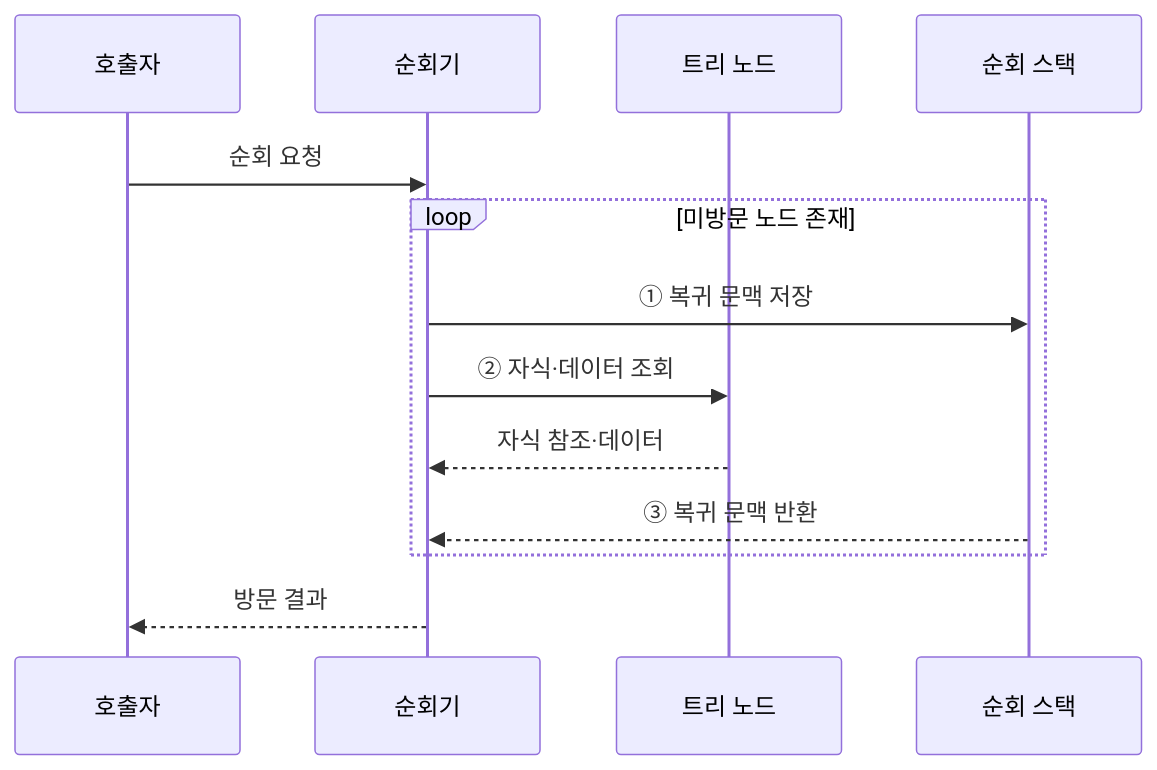
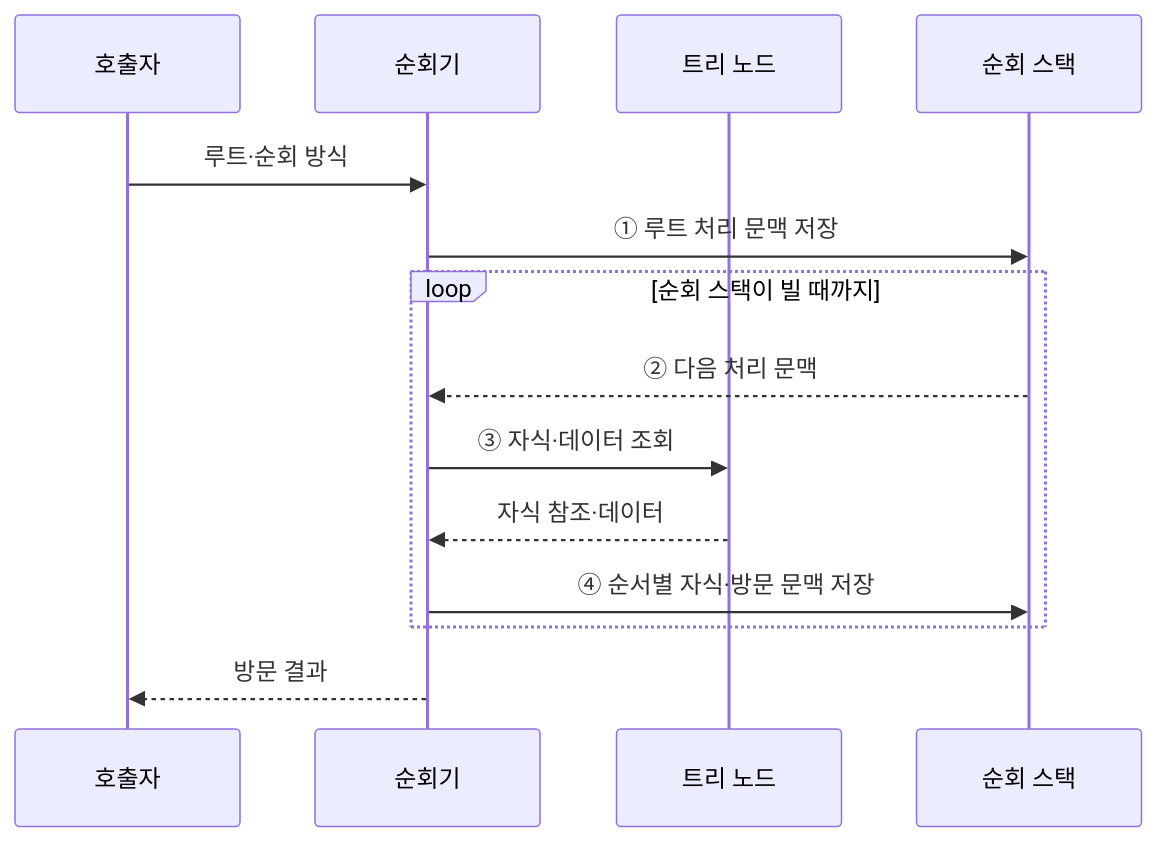
One commit to agnusdei1207/knowledge-base changed the third of 3 diagrams in src/content/docs/notes/01-basic-theory/009_binary_tree_traversal.md. Above: the diagram before and after it, drawn with Mermaid. The commit also changed other lines of this file and 16 other files, not shown here.

````diff
--- a/src/content/docs/notes/01-basic-theory/009_binary_tree_traversal.md
+++ b/src/content/docs/notes/01-basic-theory/009_binary_tree_traversal.md
@@ -96,15 +96,16 @@
 ```mermaid
 sequenceDiagram
     participant Q as 호출자
     participant V as 순회기
     participant N as 트리 노드
     participant S as 순회 스택
-    Q->>V: 순회 요청
-    loop 미방문 노드 존재
-        V->>S: ① 복귀 문맥 저장
-        V->>N: ② 자식·데이터 조회
+    Q->>V: 루트·순회 방식
+    V->>S: ① 루트 처리 문맥 저장
+    loop 순회 스택이 빌 때까지
+        S-->>V: ② 다음 처리 문맥
+        V->>N: ③ 자식·데이터 조회
         N-->>V: 자식 참조·데이터
-        S-->>V: ③ 복귀 문맥 반환
+        V->>S: ④ 순서별 자식·방문 문맥 저장
     end
     V-->>Q: 방문 결과
 ```
````
